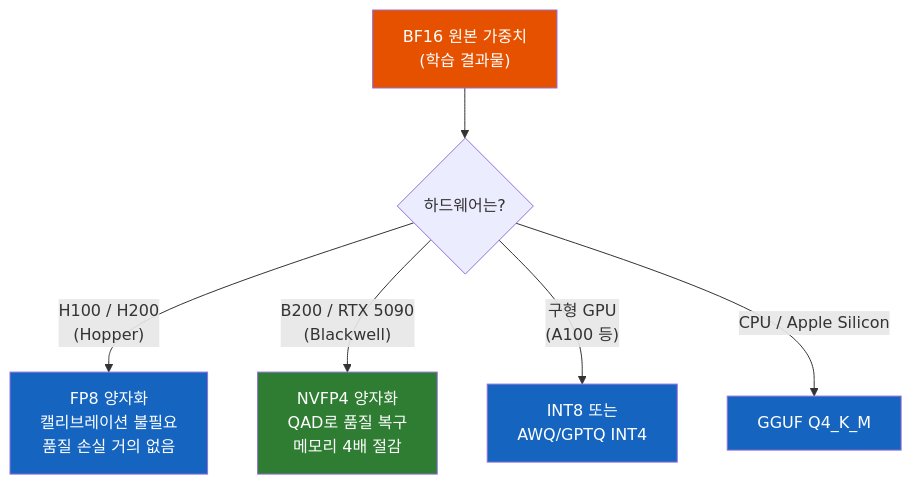
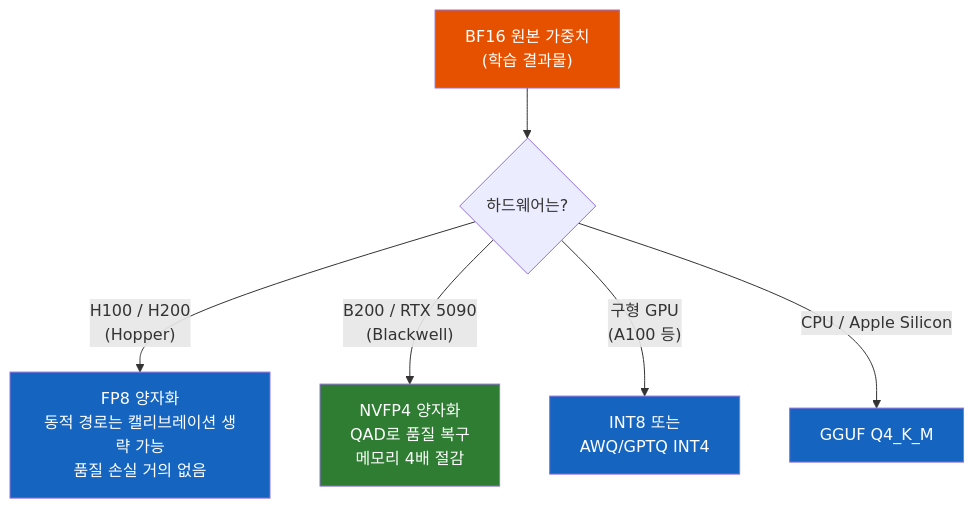
The second of 2 diagrams in ai/프로덕션-LLM-서빙에서-FP32를-아무도-안-쓰는-이유.md (sskim91/TIL), drawn with Mermaid before and after one commit. The commit also changed other lines of this file and 36 other files, not shown here.

````diff
--- a/ai/프로덕션-LLM-서빙에서-FP32를-아무도-안-쓰는-이유.md
+++ b/ai/프로덕션-LLM-서빙에서-FP32를-아무도-안-쓰는-이유.md
@@ -91,14 +91,14 @@
 ```mermaid
 flowchart TD
     A["BF16 원본 가중치<br>(학습 결과물)"] --> B{"하드웨어는?"}
-    B -->|"H100 / H200<br>(Hopper)"| C["FP8 양자화<br>캘리브레이션 불필요<br>품질 손실 거의 없음"]
+    B -->|"H100 / H200<br>(Hopper)"| C["FP8 양자화<br>동적 경로는 캘리브레이션 생략 가능<br>품질 손실 거의 없음"]
     B -->|"B200 / RTX 5090<br>(Blackwell)"| D["NVFP4 양자화<br>QAD로 품질 복구<br>메모리 4배 절감"]
     B -->|"구형 GPU<br>(A100 등)"| E["INT8 또는<br>AWQ/GPTQ INT4"]
     B -->|"CPU / Apple Silicon"| F["GGUF Q4_K_M"]
 
     style A fill:#E65100,color:#fff
     style C fill:#1565C0,color:#fff
     style D fill:#2E7D32,color:#fff
     style E fill:#1565C0,color:#fff
     style F fill:#1565C0,color:#fff
 ```
````
